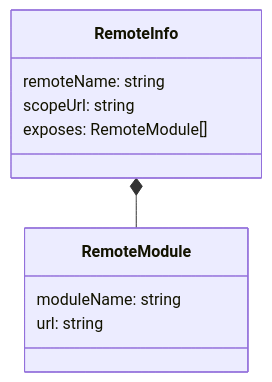
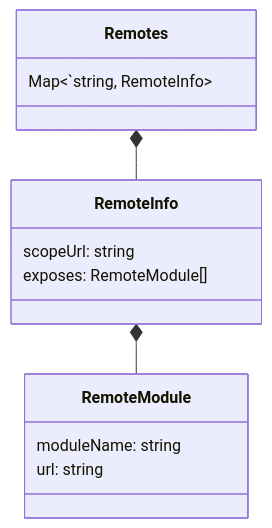
One commit to topicusonderwijs/vanilla-native-federation changed the diagram in docs/domain/remote.md. Above: the diagram before and after it, drawn with Mermaid. The commit also changed 4 other files, not shown here.

````diff
--- a/docs/domain/remote.md
+++ b/docs/domain/remote.md
@@ -8,15 +8,20 @@
 ```mermaid
 classDiagram
+    Remotes *-- RemoteInfo
     RemoteInfo *-- RemoteModule
 
+    class Remotes {
+        Map<`string, RemoteInfo>
+    } 
+    
     class RemoteInfo {
-        remoteName: string
         scopeUrl: string
         exposes: RemoteModule[] 
     }
+    
     class RemoteModule{
         moduleName: string
         url: string
     }
 
 ```
````
